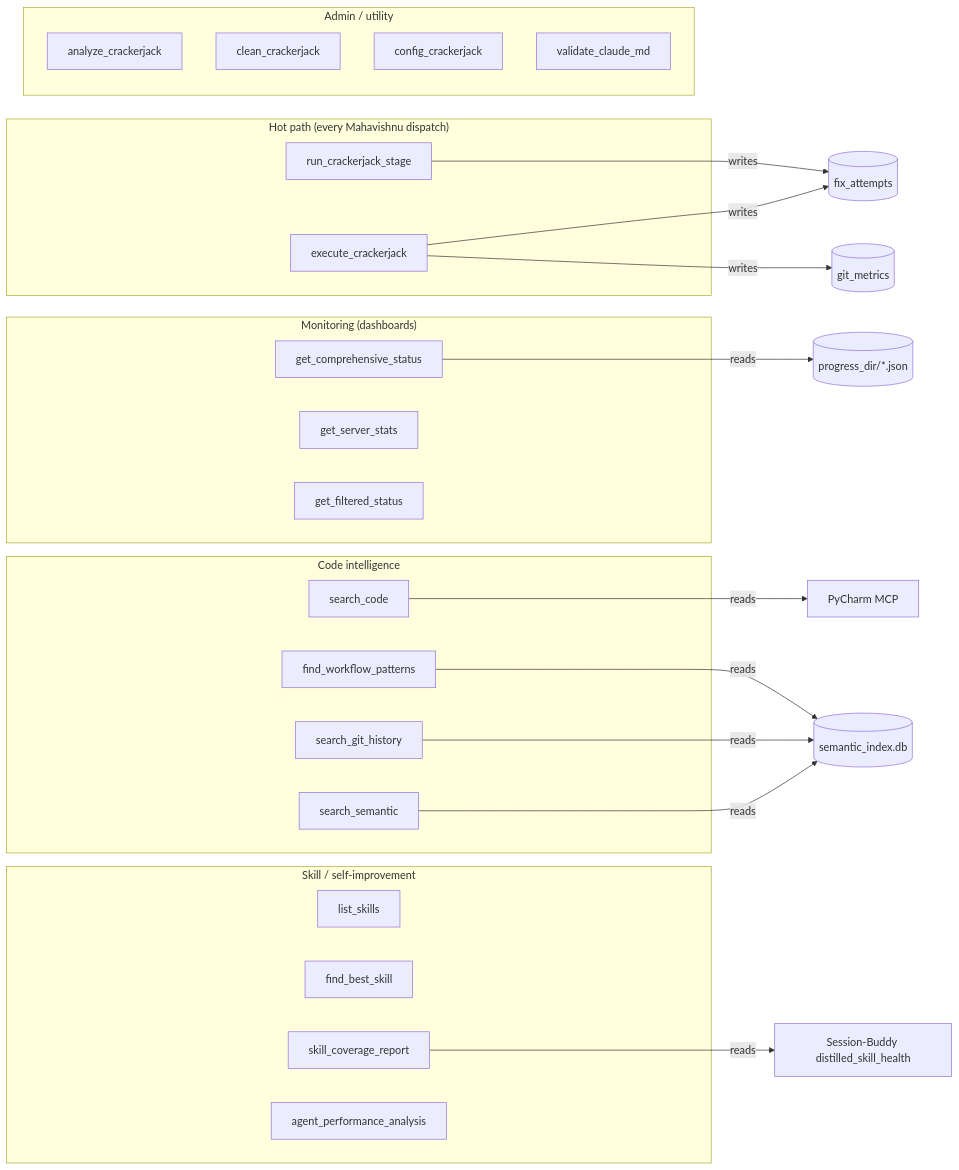
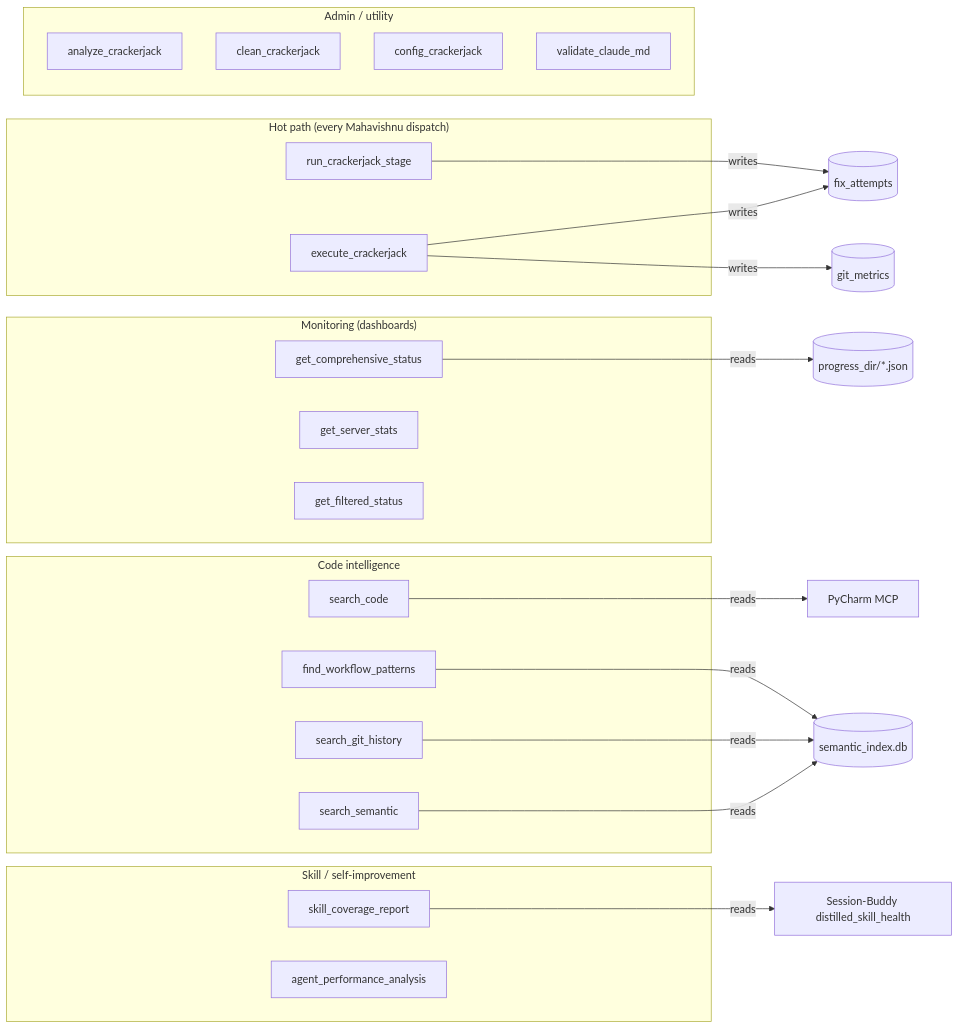
The fourth of 6 diagrams in docs/architecture/MEMORY_ARCHITECTURE.md (lesleslie/crackerjack), drawn with Mermaid before and after one commit.

Commit message:
fix(crackerjack): drop list_skills and find_best_skill from read-groups diagram

````diff
--- a/docs/architecture/MEMORY_ARCHITECTURE.md
+++ b/docs/architecture/MEMORY_ARCHITECTURE.md
@@ -386,39 +386,37 @@
 ```mermaid
 flowchart LR
     subgraph HOT["Hot path (every Mahavishnu dispatch)"]
         Q1[execute_crackerjack]
         Q2[run_crackerjack_stage]
     end
     subgraph MON["Monitoring (dashboards)"]
         Q3[get_comprehensive_status]
         Q4[get_server_stats]
         Q5[get_filtered_status]
     end
     subgraph CODE["Code intelligence"]
         Q6[search_code]
         Q7[search_semantic]
         Q8[search_git_history]
         Q9[find_workflow_patterns]
     end
     subgraph SKILL["Skill / self-improvement"]
-        Q10[list_skills]
-        Q11[find_best_skill]
         Q12[skill_coverage_report]
         Q13[agent_performance_analysis]
     end
     subgraph ADM["Admin / utility"]
         Q14[analyze_crackerjack]
         Q15[clean_crackerjack]
         Q16[config_crackerjack]
         Q17[validate_claude_md]
     end
     Q1 -->|writes| fixattempts[(fix_attempts)]
     Q1 -->|writes| gitmetrics[(git_metrics)]
     Q2 -->|writes| fixattempts
     Q12 -->|reads| SBdistilled[Session-Buddy distilled_skill_health]
     Q3 -->|reads| progress[(progress_dir/*.json)]
     Q6 -->|reads| pycharm[PyCharm MCP]
     Q7 -->|reads| semantic[(semantic_index.db)]
     Q8 -->|reads| semantic
     Q9 -->|reads| semantic
 ```
````
